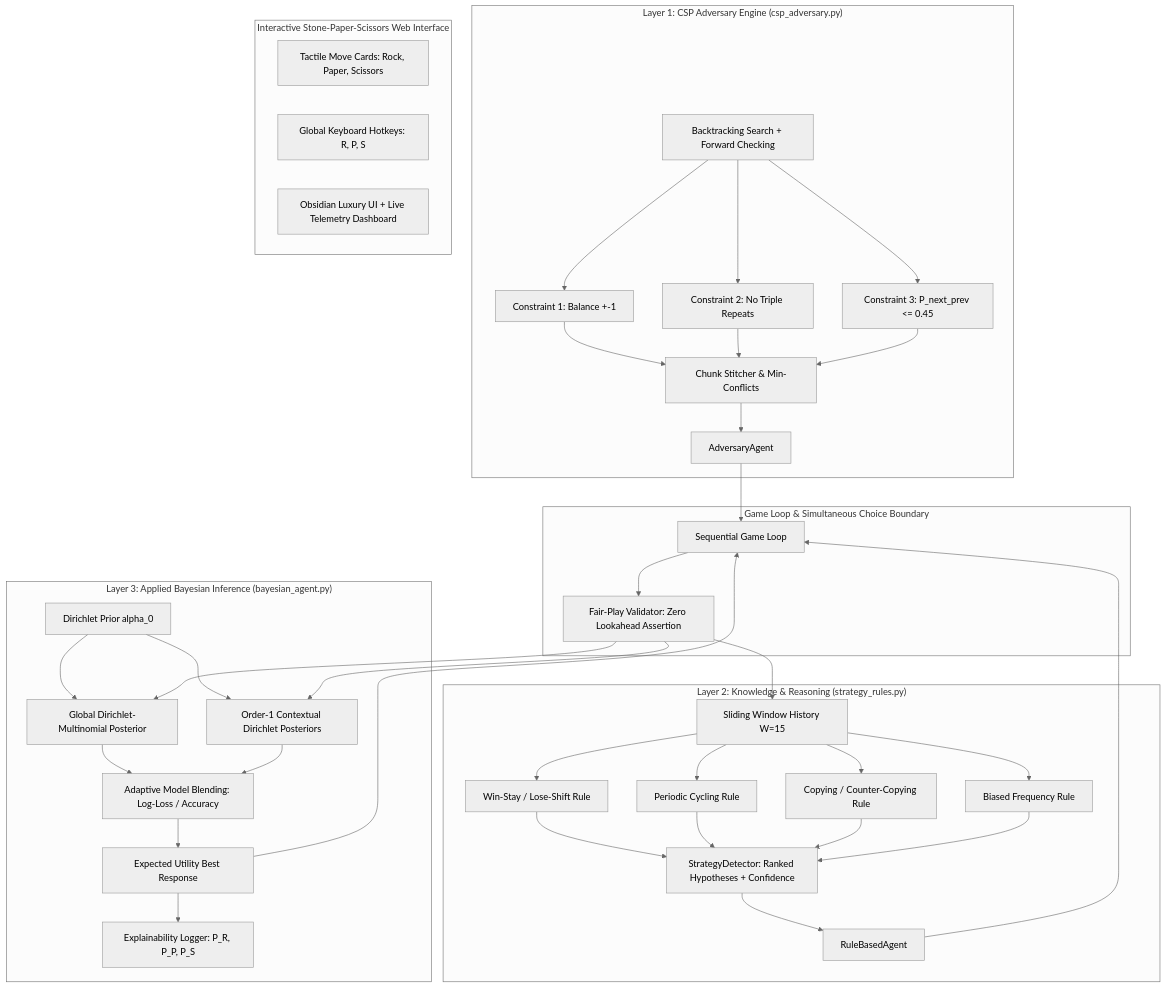
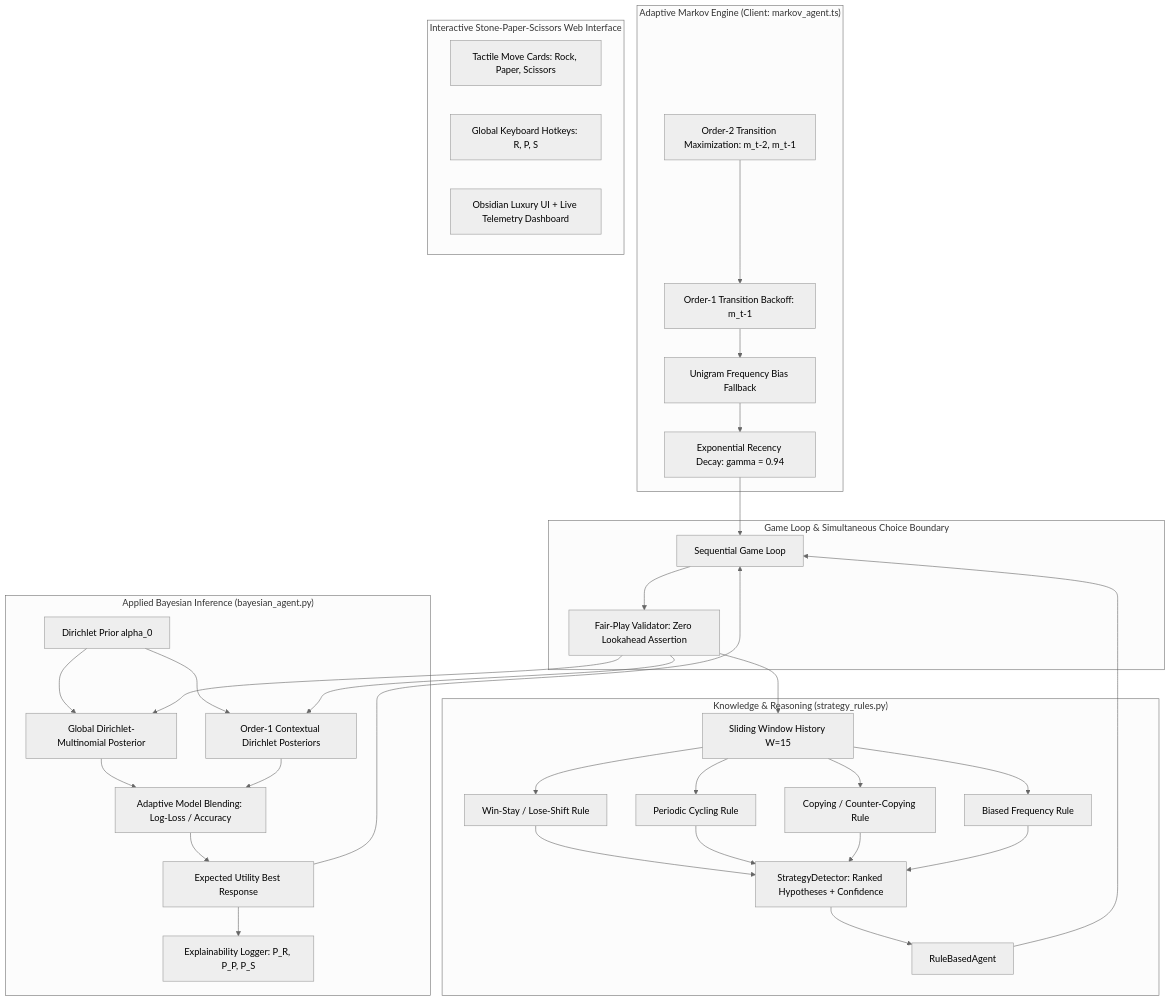
Before and after one commit to mrityunjayspidy-sys/Rock_Paper_scissor: the diagram in README.md, drawn with Mermaid (neutral theme). The commit also changed other lines of this file and 10 other files, not shown here.

Commit message:
refactor: Remove CSP adversary and focus on Adaptive Markov and Bayesian models

````diff
--- a/README.md
+++ b/README.md
@@ -197,51 +183,49 @@
 ```mermaid
 graph TD
     subgraph Environment ["Game Loop & Simultaneous Choice Boundary"]
         GL[Sequential Game Loop]
         VAL[Fair-Play Validator: Zero Lookahead Assertion]
     end
 
-    subgraph Layer1 ["Layer 1: CSP Adversary Engine (csp_adversary.py)"]
-        CSP_GEN[Backtracking Search + Forward Checking]
-        C1[Constraint 1: Balance +-1]
-        C2[Constraint 2: No Triple Repeats]
-        C3[Constraint 3: P_next_prev <= 0.45]
-        STITCH[Chunk Stitcher & Min-Conflicts]
-        ADV[AdversaryAgent]
-        CSP_GEN --> C1 & C2 & C3 --> STITCH --> ADV
+    subgraph Engine1 ["Adaptive Markov Engine (Client: markov_agent.ts)"]
+        ORD2[Order-2 Transition Maximization: m_t-2, m_t-1]
+        ORD1[Order-1 Transition Backoff: m_t-1]
+        UNIGRAM[Unigram Frequency Bias Fallback]
+        DECAY[Exponential Recency Decay: gamma = 0.94]
+        ORD2 --> ORD1 --> UNIGRAM --> DECAY
     end
 
-    subgraph Layer2 ["Layer 2: Knowledge & Reasoning (strategy_rules.py)"]
+    subgraph Layer2 ["Knowledge & Reasoning (strategy_rules.py)"]
         HIST[Sliding Window History W=15]
         R_WSLS[Win-Stay / Lose-Shift Rule]
         R_CYC[Periodic Cycling Rule]
         R_COP[Copying / Counter-Copying Rule]
         R_BIAS[Biased Frequency Rule]
         DET[StrategyDetector: Ranked Hypotheses + Confidence]
         RULE_AGENT[RuleBasedAgent]
         HIST --> R_WSLS & R_CYC & R_COP & R_BIAS --> DET --> RULE_AGENT
     end
 
-    subgraph Layer3 ["Layer 3: Applied Bayesian Inference (bayesian_agent.py)"]
+    subgraph Layer3 ["Applied Bayesian Inference (bayesian_agent.py)"]
         PRIOR[Dirichlet Prior alpha_0]
         GLOBAL_POST[Global Dirichlet-Multinomial Posterior]
         MARKOV_POST[Order-1 Contextual Dirichlet Posteriors]
         BLEND[Adaptive Model Blending: Log-Loss / Accuracy]
         EXP_UTIL[Expected Utility Best Response]
         EXPLAIN[Explainability Logger: P_R, P_P, P_S]
         PRIOR --> GLOBAL_POST & MARKOV_POST --> BLEND --> EXP_UTIL --> EXPLAIN
     end
 
     subgraph Interface ["Interactive Stone-Paper-Scissors Web Interface"]
         CARDS[Tactile Move Cards: Rock, Paper, Scissors]
         KEYS[Global Keyboard Hotkeys: R, P, S]
         HUD[Obsidian Luxury UI + Live Telemetry Dashboard]
     end
 
-    ADV --> GL
     RULE_AGENT --> GL
     EXP_UTIL --> GL
+    DECAY --> GL
     GL --> VAL
     VAL --> HIST
     VAL --> GLOBAL_POST & MARKOV_POST
 ```
````
